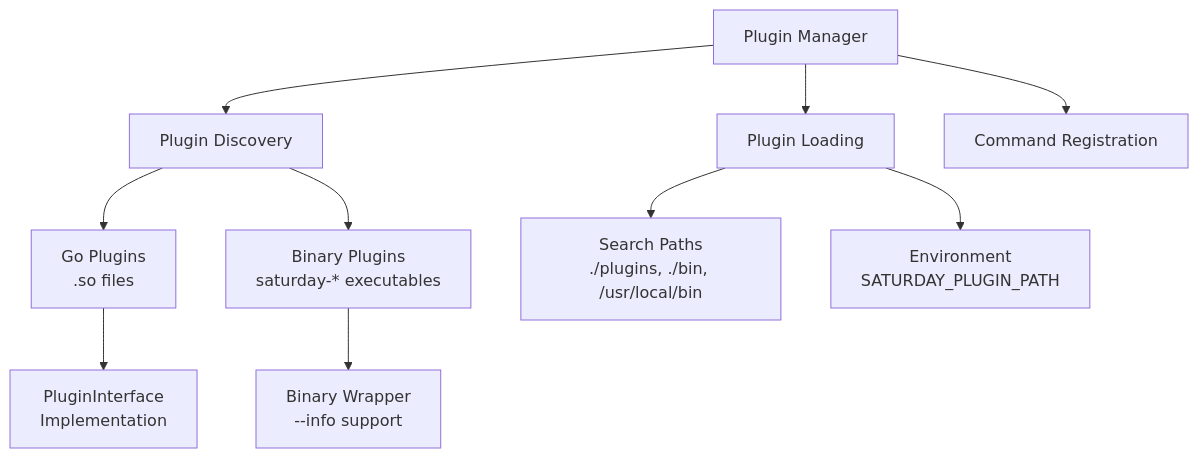
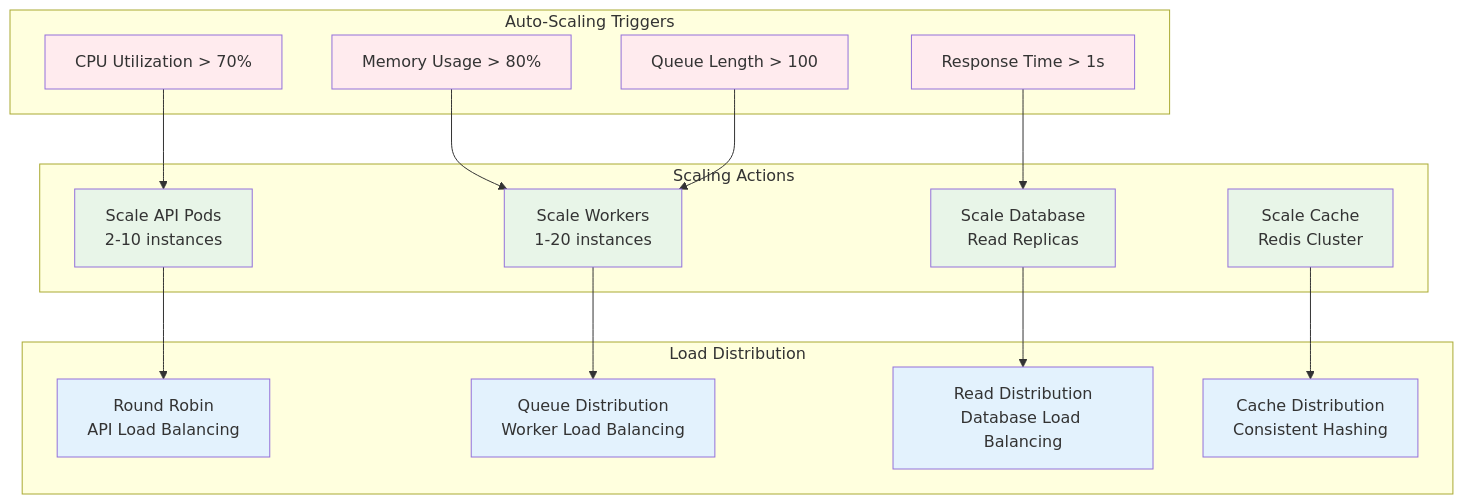
Before and after one commit to orieken/friday: diagram 11 of 14 in ARCHITECTURE_OVERVIEW.md, drawn with Mermaid. The commit also changed other lines of this file, not shown here.

Commit message:
:pencil: (architecture overview) updated to correct version

````diff
--- a/ARCHITECTURE_OVERVIEW.md
+++ b/ARCHITECTURE_OVERVIEW.md
@@ -178,15 +682,41 @@
 ```mermaid
 graph TB
-    PM[Plugin Manager] --> DISC[Plugin Discovery]
-    PM --> LOAD[Plugin Loading]
-    PM --> REG[Command Registration]
+    subgraph "Auto-Scaling Triggers"
+        CPU[CPU Utilization > 70%]
+        MEMORY[Memory Usage > 80%]
+        QUEUE[Queue Length > 100]
+        RESPONSE[Response Time > 1s]
+    end
     
-    DISC --> GOPLUGIN[Go Plugins<br/>.so files]
-    DISC --> BINPLUGIN[Binary Plugins<br/>saturday-* executables]
+    subgraph "Scaling Actions"
+        SCALE_API[Scale API Pods<br/>2-10 instances]
+        SCALE_WORKERS[Scale Workers<br/>1-20 instances]
+        SCALE_DB[Scale Database<br/>Read Replicas]
+        SCALE_CACHE[Scale Cache<br/>Redis Cluster]
+    end
     
-    GOPLUGIN --> INTERFACE[PluginInterface<br/>Implementation]
-    BINPLUGIN --> WRAPPER[Binary Wrapper<br/>--info support]
+    subgraph "Load Distribution"
+        ROUND_ROBIN[Round Robin<br/>API Load Balancing]
+        QUEUE_DIST[Queue Distribution<br/>Worker Load Balancing]
+        READ_DIST[Read Distribution<br/>Database Load Balancing]
+        CACHE_DIST[Cache Distribution<br/>Consistent Hashing]
+    end
     
-    LOAD --> PATHS[Search Paths<br/>./plugins, ./bin, /usr/local/bin]
-    LOAD --> ENV[Environment<br/>SATURDAY_PLUGIN_PATH]
+    CPU --> SCALE_API
+    MEMORY --> SCALE_WORKERS
+    QUEUE --> SCALE_WORKERS
+    RESPONSE --> SCALE_DB
+    
+    SCALE_API --> ROUND_ROBIN
+    SCALE_WORKERS --> QUEUE_DIST
+    SCALE_DB --> READ_DIST
+    SCALE_CACHE --> CACHE_DIST
+    
+    classDef trigger fill:#ffebee
+    classDef action fill:#e8f5e8
+    classDef distribution fill:#e3f2fd
+    
+    class CPU,MEMORY,QUEUE,RESPONSE trigger
+    class SCALE_API,SCALE_WORKERS,SCALE_DB,SCALE_CACHE action
+    class ROUND_ROBIN,QUEUE_DIST,READ_DIST,CACHE_DIST distribution
 ```
````
